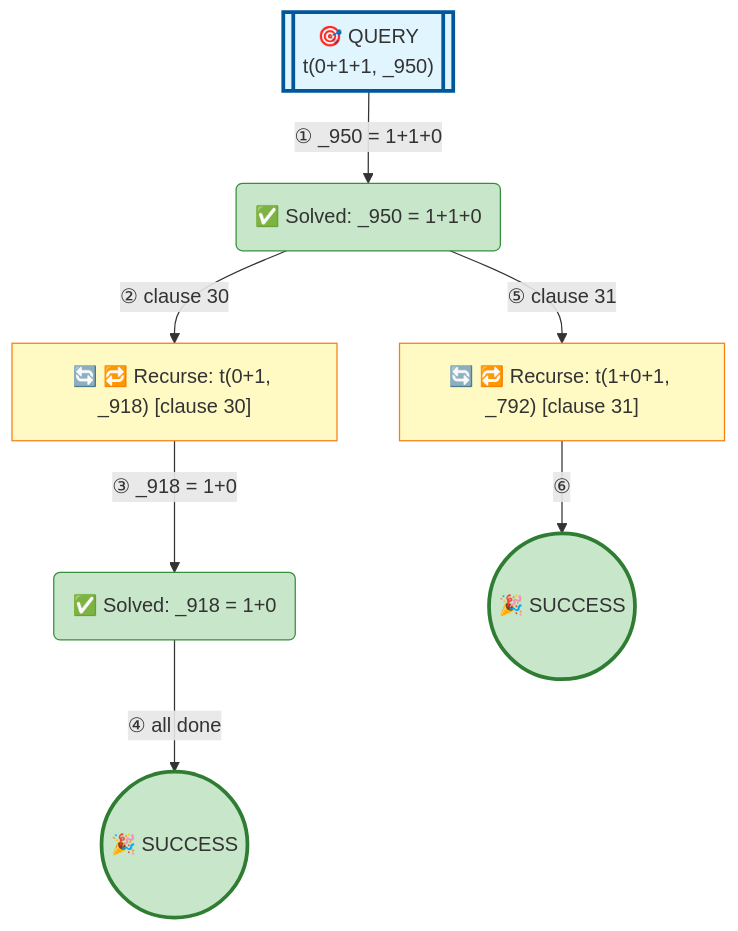
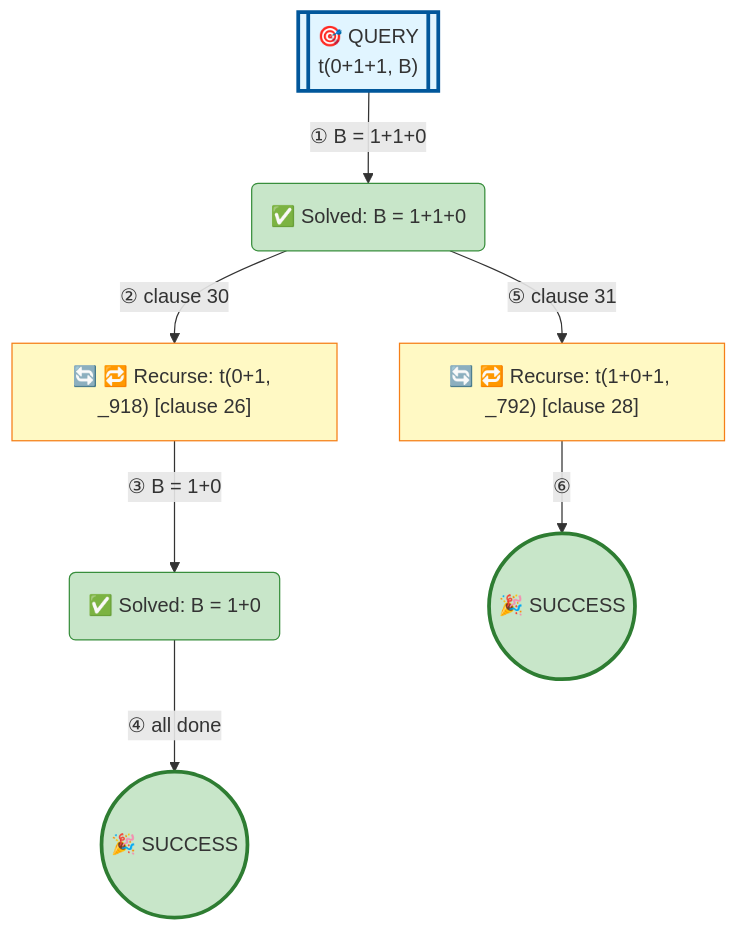
Before and after one commit to jarecsni/prolog-trace-viz: the diagram in examples/3_3_operators-standard.md, drawn with Mermaid. The commit also changed other lines of this file and 26 other files, not shown here.

````diff
--- a/examples/3_3_operators-standard.md
+++ b/examples/3_3_operators-standard.md
@@ -17,29 +21,29 @@
 ```mermaid
 graph TD
 
 %% Nodes
-A[["🎯 QUERY<br/>t(0+1+1, _950)"]]
-B("✅ Solved: _950 = 1+1+0")
-C["🔄 🔁 Recurse: t(0+1, _918) [clause 30]"]
-D("✅ Solved: _918 = 1+0")
+A[["🎯 QUERY<br/>t(0+1+1, B)"]]
+B("✅ Solved: B = 1+1+0")
+C["🔄 🔁 Recurse: t(0+1, _918) [clause 26]"]
+D("✅ Solved: B = 1+0")
 E(("🎉 SUCCESS"))
-F["🔄 🔁 Recurse: t(1+0+1, _792) [clause 31]"]
+F["🔄 🔁 Recurse: t(1+0+1, _792) [clause 28]"]
 G(("🎉 SUCCESS"))
 
 %% Edges
-A -->|"① _950 = 1+1+0"| B
+A -->|"① B = 1+1+0"| B
 B -->|"② clause 30"| C
-C -->|"③ _918 = 1+0"| D
+C -->|"③ B = 1+0"| D
 D -->|"④ all done"| E
 B -->|"⑤ clause 31"| F
 F -->|"⑥"| G
 
 %% Styles
 style A fill:#e1f5ff,stroke:#01579b,stroke-width:3px
 style B fill:#c8e6c9,stroke:#388e3c
 style C fill:#fff9c4,stroke:#f57f17
 style D fill:#c8e6c9,stroke:#388e3c
 style E fill:#c8e6c9,stroke:#2e7d32,stroke-width:3px
 style F fill:#fff9c4,stroke:#f57f17
 style G fill:#c8e6c9,stroke:#2e7d32,stroke-width:3px
 ```
````
